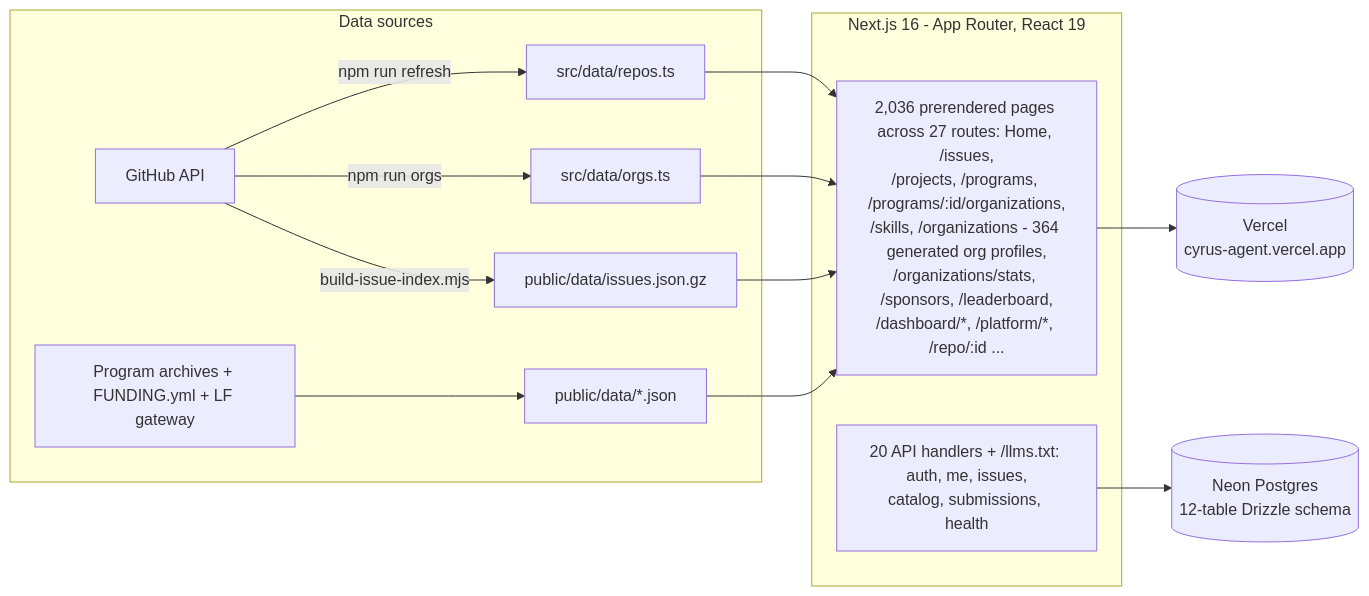
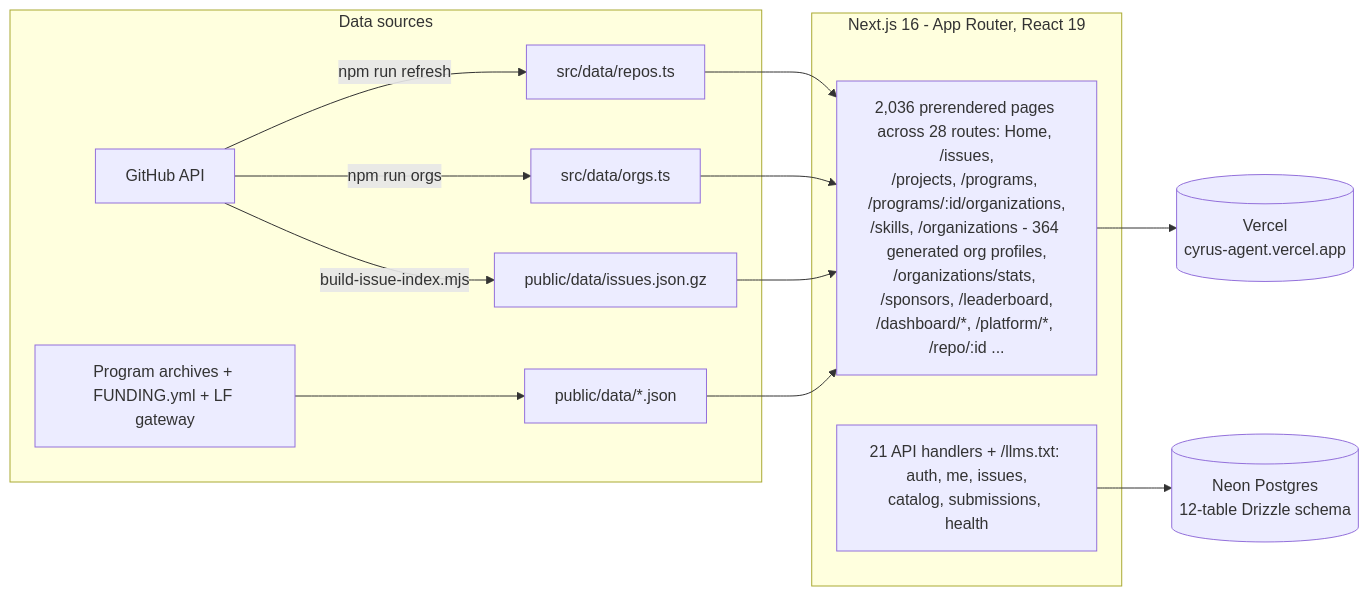
The second of 2 diagrams in README.md (adityalenova/cyrus), drawn with Mermaid before and after one commit. The commit also changed other lines of this file, not shown here.

````diff
--- a/README.md
+++ b/README.md
@@ -342,15 +342,15 @@
 ```mermaid
 flowchart LR
     subgraph sources [Data sources]
         GH[GitHub API] -->|npm run refresh| D1[src/data/repos.ts]
         GH -->|npm run orgs| D2[src/data/orgs.ts]
         GH -->|build-issue-index.mjs| D3[public/data/issues.json.gz]
         SOC[Program archives + FUNDING.yml + LF gateway] --> D4[public/data/*.json]
     end
     subgraph app [Next.js 16 - App Router, React 19]
-        D1 & D2 & D3 & D4 --> PAGES[2,036 prerendered pages across 27 routes: Home, /issues,<br/>/projects, /programs, /programs/:id/organizations,<br/>/skills, /organizations - 364 generated org profiles,<br/>/organizations/stats, /sponsors, /leaderboard,<br/>/dashboard/*, /platform/*, /repo/:id ...]
-        API[20 API handlers + /llms.txt: auth, me, issues,<br/>catalog, submissions, health]
+        D1 & D2 & D3 & D4 --> PAGES[2,036 prerendered pages across 28 routes: Home, /issues,<br/>/projects, /programs, /programs/:id/organizations,<br/>/skills, /organizations - 364 generated org profiles,<br/>/organizations/stats, /sponsors, /leaderboard,<br/>/dashboard/*, /platform/*, /repo/:id ...]
+        API[21 API handlers + /llms.txt: auth, me, issues,<br/>catalog, submissions, health]
     end
     PAGES --> V[(Vercel<br/>cyrus-agent.vercel.app)]
     API --> DB[(Neon Postgres<br/>12-table Drizzle schema)]
 ```
````
